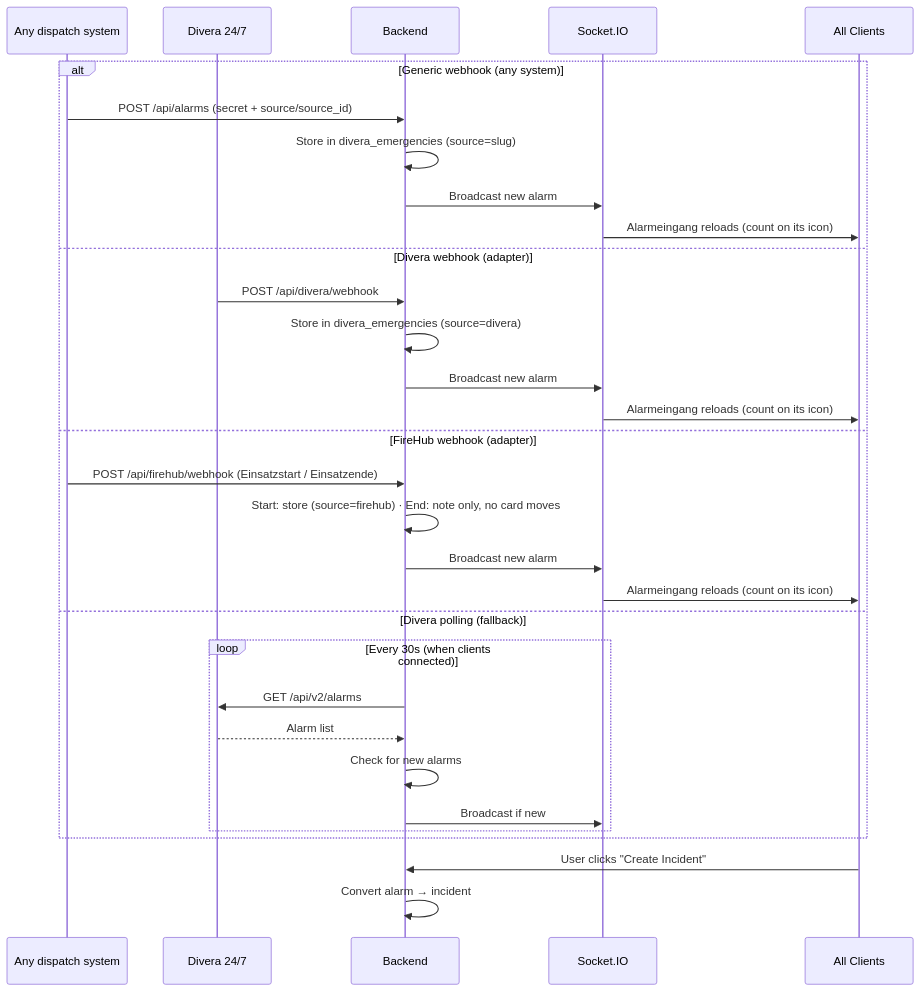
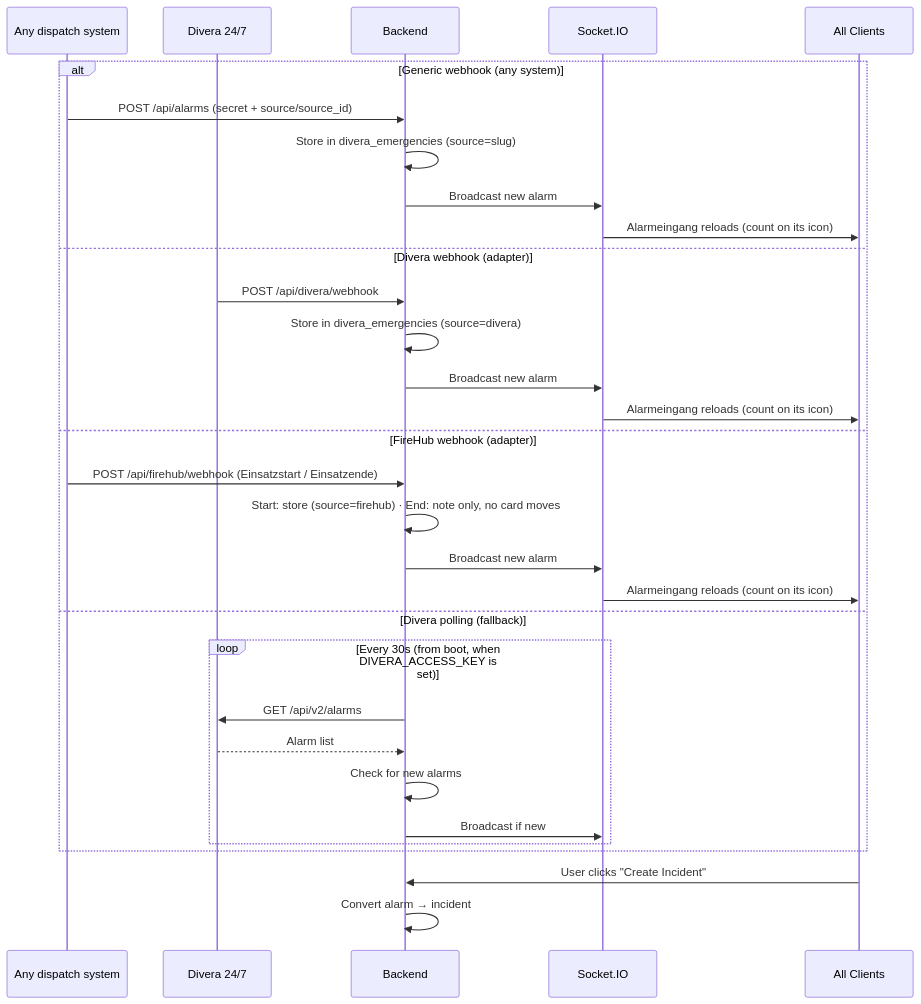
The eighth of 10 diagrams in docs/ARCHITECTURE.md (feuerwehr-oberwil/kp-rueck), drawn with Mermaid before and after one commit. The commit also changed other lines of this file and 23 other files, not shown here.

````diff
--- a/docs/ARCHITECTURE.md
+++ b/docs/ARCHITECTURE.md
@@ -441,35 +442,35 @@
 ```mermaid
 sequenceDiagram
     participant X as Any dispatch system
     participant D as Divera 24/7
     participant B as Backend
     participant WS as Socket.IO
     participant C as All Clients
 
     alt Generic webhook (any system)
         X->>B: POST /api/alarms (secret + source/source_id)
         B->>B: Store in divera_emergencies (source=slug)
         B->>WS: Broadcast new alarm
         WS->>C: Alarmeingang reloads (count on its icon)
     else Divera webhook (adapter)
         D->>B: POST /api/divera/webhook
         B->>B: Store in divera_emergencies (source=divera)
         B->>WS: Broadcast new alarm
         WS->>C: Alarmeingang reloads (count on its icon)
     else FireHub webhook (adapter)
         X->>B: POST /api/firehub/webhook (Einsatzstart / Einsatzende)
         B->>B: Start: store (source=firehub) · End: note only, no card moves
         B->>WS: Broadcast new alarm
         WS->>C: Alarmeingang reloads (count on its icon)
     else Divera polling (fallback)
-        loop Every 30s (when clients connected)
+        loop Every 30s (from boot, when DIVERA_ACCESS_KEY is set)
             B->>D: GET /api/v2/alarms
             D-->>B: Alarm list
             B->>B: Check for new alarms
             B->>WS: Broadcast if new
         end
     end
 
     C->>B: User clicks "Create Incident"
     B->>B: Convert alarm → incident
 ```
````
